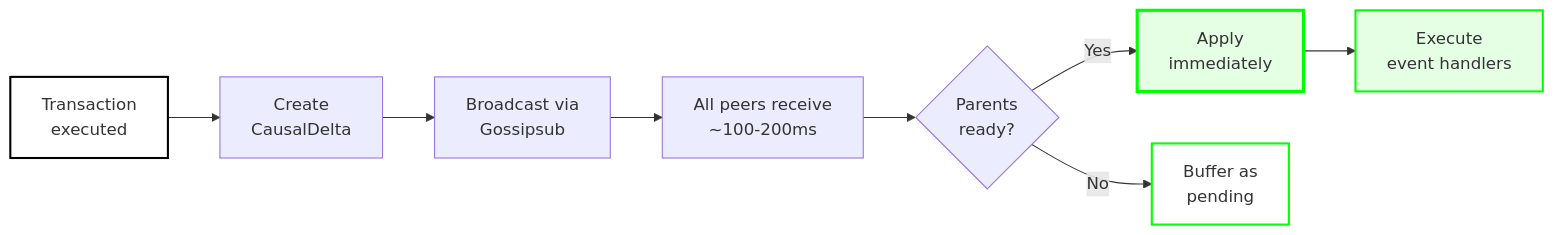
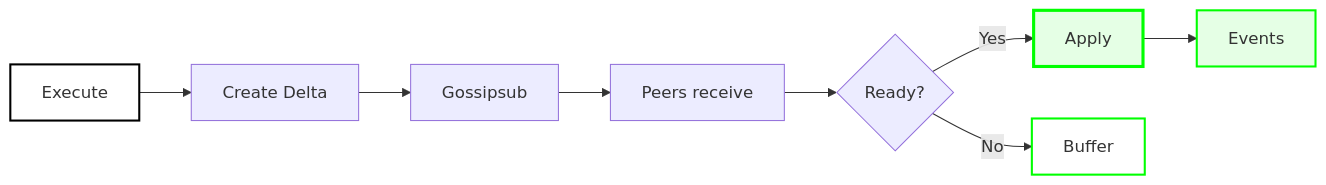
The third of 6 diagrams in docs/core-concepts/architecture.md (calimero-network/docs), drawn with Mermaid before and after one commit. The commit also changed other lines of this file and 5 other files, not shown here.

First line of the commit message:
fix: Fix Mermaid graph syntax errors and improve readability

````diff
--- a/docs/core-concepts/architecture.md
+++ b/docs/core-concepts/architecture.md
@@ -69,15 +56,15 @@
 ```mermaid
 flowchart LR
-    A[Transaction<br/>executed] --> B[Create<br/>CausalDelta]
-    B --> C[Broadcast via<br/>Gossipsub]
-    C --> D[All peers receive<br/>~100-200ms]
-    D --> E{Parents<br/>ready?}
-    E -->|Yes| F[Apply<br/>immediately]
-    E -->|No| G[Buffer as<br/>pending]
-    F --> H[Execute<br/>event handlers]
+    TXN[Execute] --> DELTA[Create Delta]
+    DELTA --> GOSSIP[Gossipsub]
+    GOSSIP --> RECEIVE[Peers receive]
+    RECEIVE --> READY{Ready?}
+    READY -->|Yes| APPLY[Apply]
+    READY -->|No| BUFFER[Buffer]
+    APPLY --> EVENTS[Events]
     
-    style A fill:#ffffff,stroke:#000000,stroke-width:2px
-    style F fill:#e5ffe5,stroke:#00ff00,stroke-width:3px
-    style H fill:#e5ffe5,stroke:#00ff00,stroke-width:2px
-    style G fill:#ffffff,stroke:#00ff00,stroke-width:2px
+    style TXN fill:#ffffff,stroke:#000000,stroke-width:2px
+    style APPLY fill:#e5ffe5,stroke:#00ff00,stroke-width:3px
+    style EVENTS fill:#e5ffe5,stroke:#00ff00,stroke-width:2px
+    style BUFFER fill:#ffffff,stroke:#00ff00,stroke-width:2px
 ```
````
